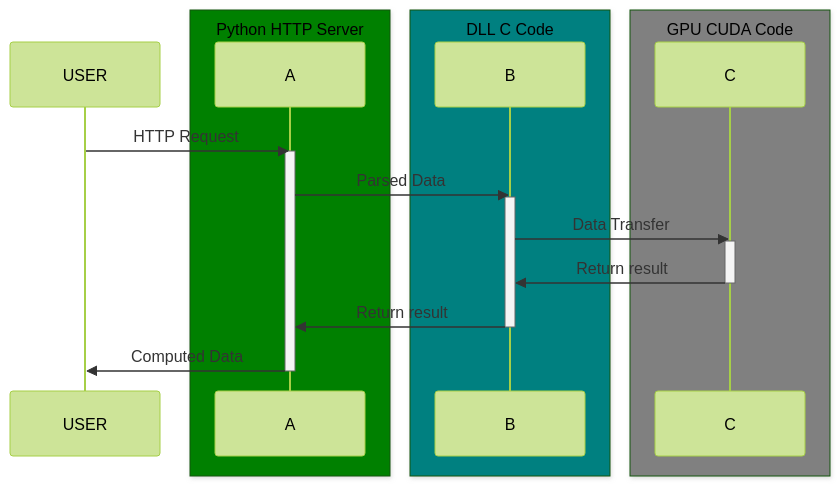
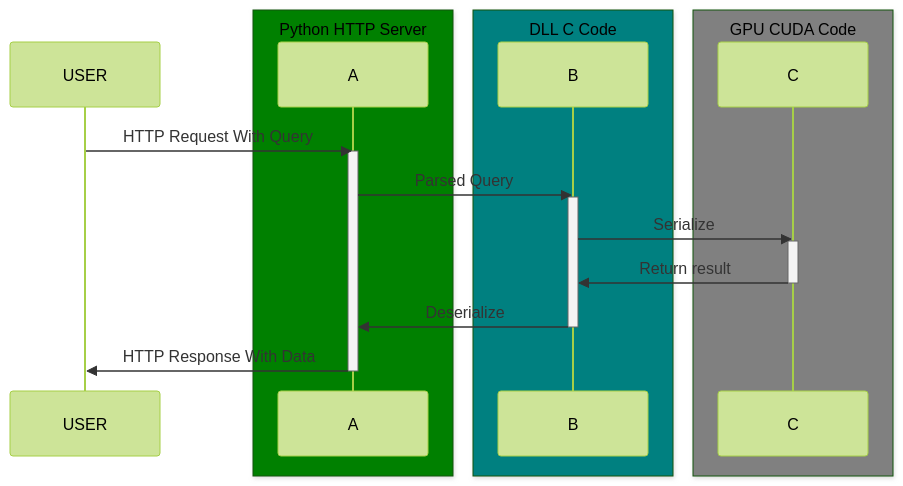
The diagram in readme.md (Serpent03/lan2gpu), drawn with Mermaid (forest theme) before and after one commit.

````diff
--- a/readme.md
+++ b/readme.md
@@ -36,25 +36,25 @@
 ```mermaid
 sequenceDiagram
     participant USER
     box Green Python HTTP Server
     participant A
     end
     box Teal DLL C Code
     participant B
     end
     box Gray GPU CUDA Code
     participant C
     end
-    USER->>A: HTTP Request
+    USER->>A: HTTP Request With Query
     activate A
-    A->>B: Parsed Data
+    A->>B: Parsed Query
     activate B
-    B->>C:Data Transfer
+    B->>C:Serialize
     activate C
     C->>B: Return result
     deactivate C
-    B->>A: Return result
+    B->>A: Deserialize
     deactivate B
-    A->>USER: Computed Data
+    A->>USER: HTTP Response With Data
     deactivate A
 ```
````
